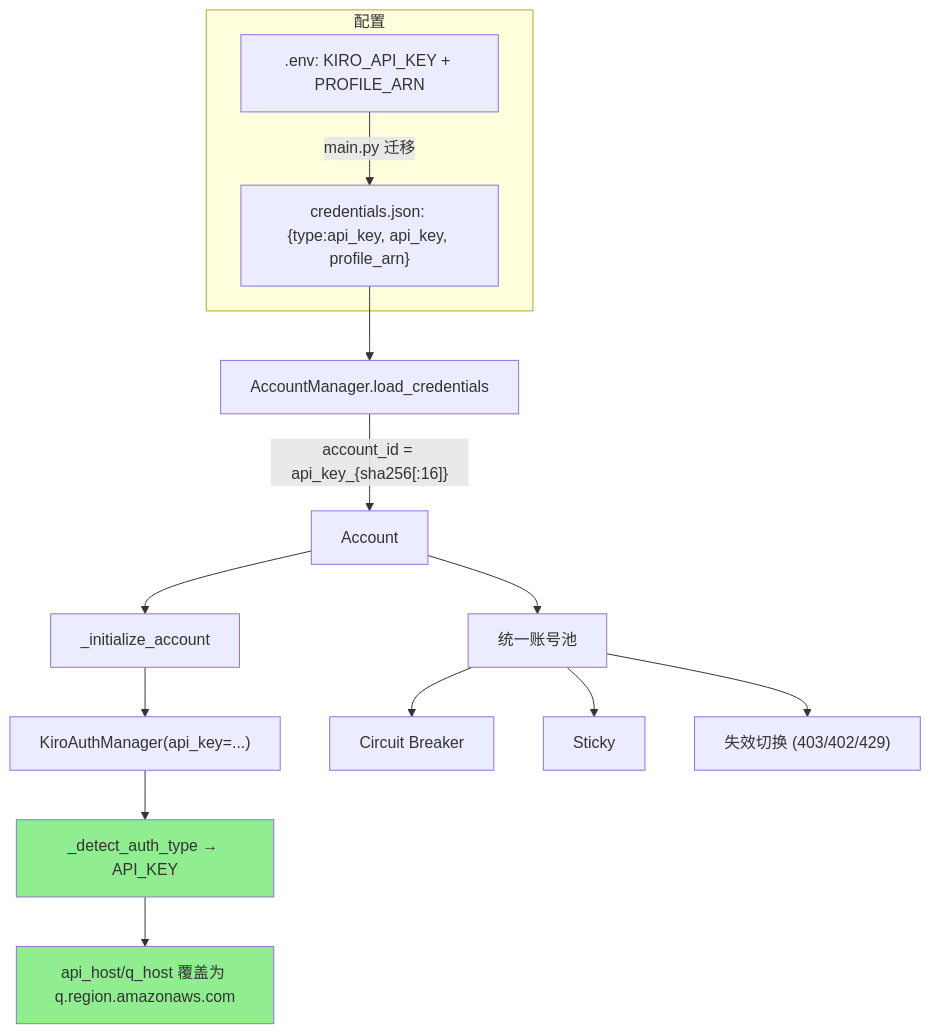
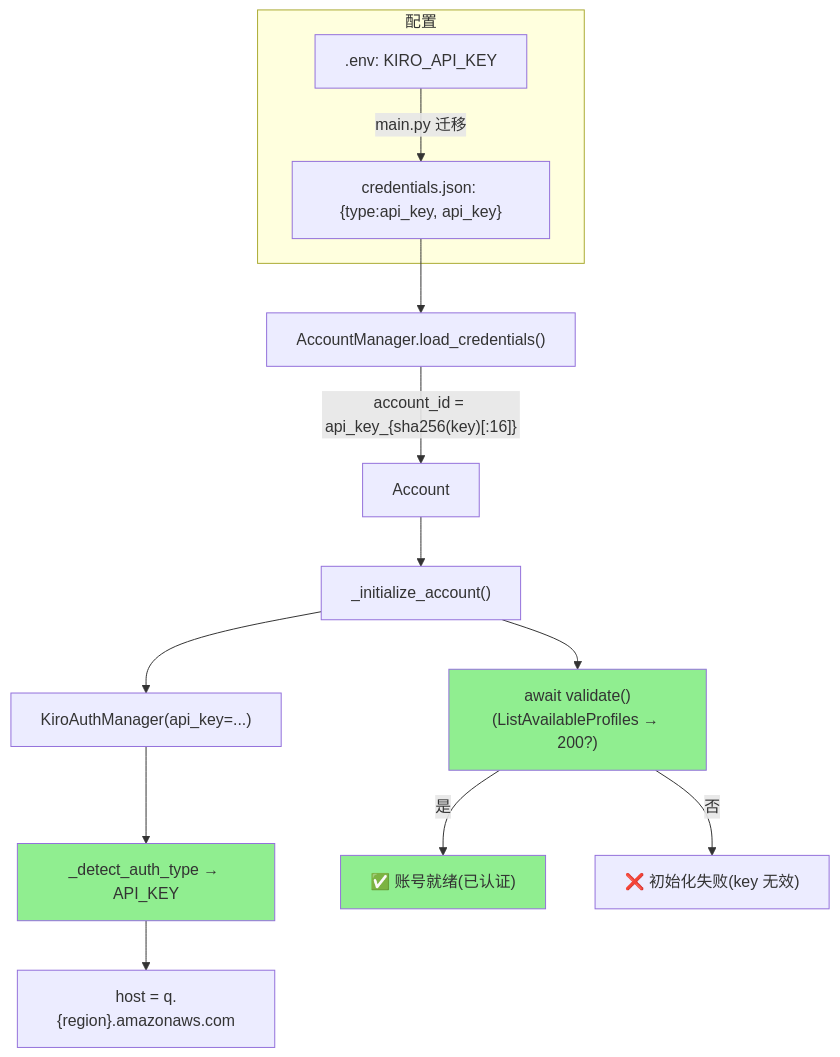
Before and after one commit to liangyimingcom/kiro-gateway_jwadow: the third of 5 diagrams in docs/zh/API_KEY_AUTH_DESIGN.md, drawn with Mermaid. The commit also changed other lines of this file and 9 other files, not shown here.

````diff
--- a/docs/zh/API_KEY_AUTH_DESIGN.md
+++ b/docs/zh/API_KEY_AUTH_DESIGN.md
@@ -89,22 +81,21 @@
 ```mermaid
 flowchart TD
     subgraph 配置
-        ENV[".env: KIRO_API_KEY + PROFILE_ARN"]
-        JSON["credentials.json: {type:api_key, api_key, profile_arn}"]
+        ENV[".env: KIRO_API_KEY"]
+        JSON["credentials.json: {type:api_key, api_key}"]
     end
     ENV -->|main.py 迁移| JSON
-    JSON --> AM[AccountManager.load_credentials]
-    AM -->|"account_id = api_key_{sha256[:16]}"| ACC[Account]
-    ACC --> INIT[_initialize_account]
+    JSON --> LC["AccountManager.load_credentials()"]
+    LC -->|"account_id = api_key_{sha256(key)[:16]}"| ACC["Account"]
+    ACC --> INIT["_initialize_account()"]
     INIT --> KAM["KiroAuthManager(api_key=...)"]
-    KAM --> DT[_detect_auth_type → API_KEY]
-    DT --> HOST["api_host/q_host 覆盖为 q.region.amazonaws.com"]
-
-    ACC --> POOL[统一账号池]
-    POOL --> CB[Circuit Breaker]
-    POOL --> STICKY[Sticky]
-    POOL --> FAIL["失效切换 (403/402/429)"]
+    KAM --> DT["_detect_auth_type → API_KEY"]
+    DT --> HOST["host = q.{region}.amazonaws.com"]
+    INIT --> VAL["await validate()<br/>(ListAvailableProfiles → 200?)"]
+    VAL -->|是| OK["✅ 账号就绪(已认证)"]
+    VAL -->|否| FAIL["❌ 初始化失败(key 无效)"]
 
     style DT fill:#90EE90
-    style HOST fill:#90EE90
+    style VAL fill:#90EE90
+    style OK fill:#90EE90
 ```
````
